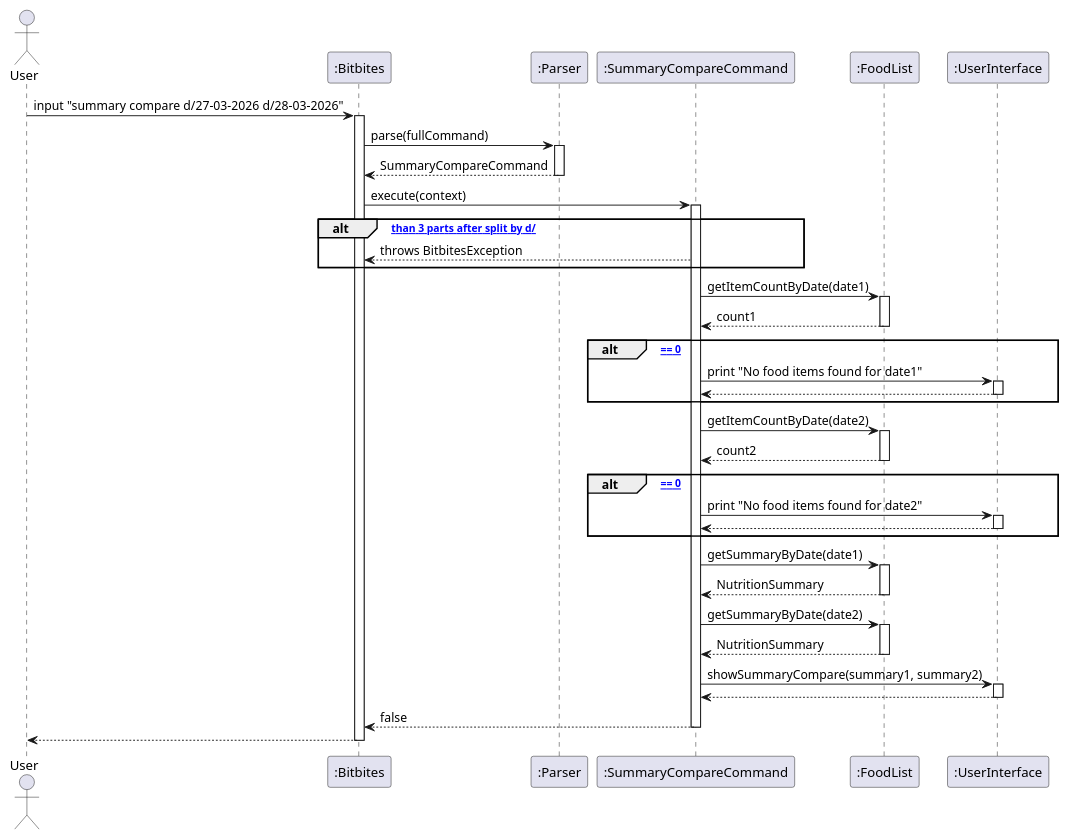
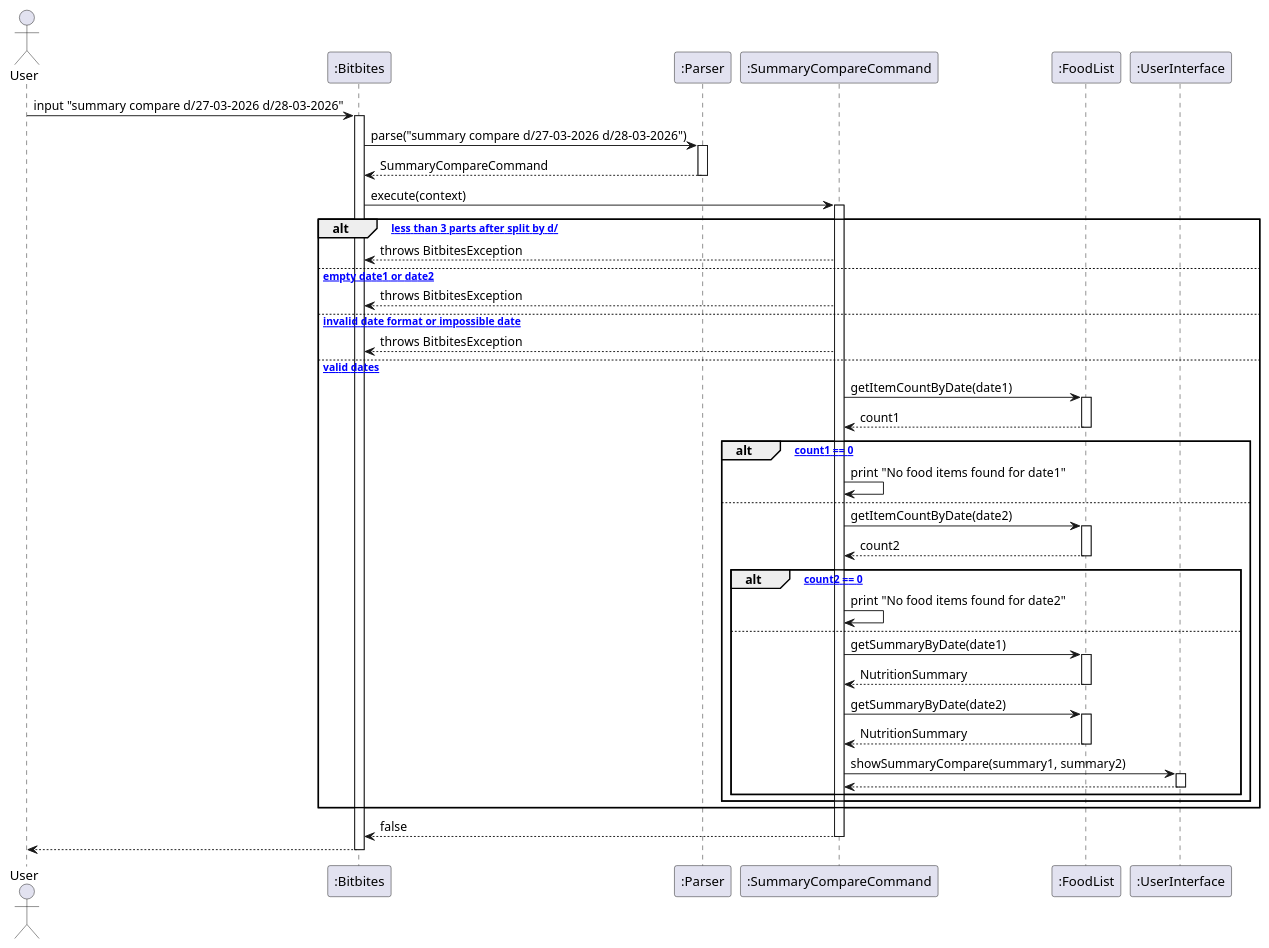
Before and after one commit to bryanyeo3125/tp: the diagram in docs/uml/summary_compare.puml, drawn with PlantUML. The commit also changed 15 other files, not shown here.

Commit message:
Update UML

```diff
--- a/docs/uml/summary_compare.puml
+++ b/docs/uml/summary_compare.puml
@@ -1,68 +1,66 @@
 @startuml
 actor User
 participant ":Bitbites" as Bitbites
 participant ":Parser" as Parser
 participant ":SummaryCompareCommand" as SummaryCompareCommand
 participant ":FoodList" as FoodList
 participant ":UserInterface" as UI
 
 User -> Bitbites : input "summary compare d/27-03-2026 d/28-03-2026"
 activate Bitbites
 
-Bitbites -> Parser : parse(fullCommand)
+Bitbites -> Parser : parse("summary compare d/27-03-2026 d/28-03-2026")
 activate Parser
 Parser --> Bitbites : SummaryCompareCommand
 deactivate Parser
 
 Bitbites -> SummaryCompareCommand : execute(context)
 activate SummaryCompareCommand
 
-alt [less than 3 parts after split by d/]
+alt [* less than 3 parts after split by d/]
   SummaryCompareCommand --> Bitbites : throws BitbitesException
+else [* empty date1 or date2]
+  SummaryCompareCommand --> Bitbites : throws BitbitesException
+else [* invalid date format or impossible date]
+  SummaryCompareCommand --> Bitbites : throws BitbitesException
+else [* valid dates]
+  SummaryCompareCommand -> FoodList : getItemCountByDate(date1)
+  activate FoodList
+  FoodList --> SummaryCompareCommand : count1
+  deactivate FoodList
+
+  alt [* count1 == 0]
+    SummaryCompareCommand -> SummaryCompareCommand : print "No food items found for date1"
+  else
+    SummaryCompareCommand -> FoodList : getItemCountByDate(date2)
+    activate FoodList
+    FoodList --> SummaryCompareCommand : count2
+    deactivate FoodList
+
+    alt [* count2 == 0]
+      SummaryCompareCommand -> SummaryCompareCommand : print "No food items found for date2"
+    else
+      SummaryCompareCommand -> FoodList : getSummaryByDate(date1)
+      activate FoodList
+      FoodList --> SummaryCompareCommand : NutritionSummary
+      deactivate FoodList
+
+      SummaryCompareCommand -> FoodList : getSummaryByDate(date2)
+      activate FoodList
+      FoodList --> SummaryCompareCommand : NutritionSummary
+      deactivate FoodList
+
+      SummaryCompareCommand -> UI : showSummaryCompare(summary1, summary2)
+      activate UI
+      UI --> SummaryCompareCommand
+      deactivate UI
+    end
+  end
 end
-
-SummaryCompareCommand -> FoodList : getItemCountByDate(date1)
-activate FoodList
-FoodList --> SummaryCompareCommand : count1
-deactivate FoodList
-
-alt [count1 == 0]
-  SummaryCompareCommand -> UI : print "No food items found for date1"
-  activate UI
-  UI --> SummaryCompareCommand
-  deactivate UI
-end
-
-SummaryCompareCommand -> FoodList : getItemCountByDate(date2)
-activate FoodList
-FoodList --> SummaryCompareCommand : count2
-deactivate FoodList
-
-alt [count2 == 0]
-  SummaryCompareCommand -> UI : print "No food items found for date2"
-  activate UI
-  UI --> SummaryCompareCommand
-  deactivate UI
-end
-
-SummaryCompareCommand -> FoodList : getSummaryByDate(date1)
-activate FoodList
-FoodList --> SummaryCompareCommand : NutritionSummary
-deactivate FoodList
-
-SummaryCompareCommand -> FoodList : getSummaryByDate(date2)
-activate FoodList
-FoodList --> SummaryCompareCommand : NutritionSummary
-deactivate FoodList
-
-SummaryCompareCommand -> UI : showSummaryCompare(summary1, summary2)
-activate UI
-UI --> SummaryCompareCommand
-deactivate UI
 
 SummaryCompareCommand --> Bitbites : false
 deactivate SummaryCompareCommand
 
 Bitbites --> User
 deactivate Bitbites
 @enduml
```
